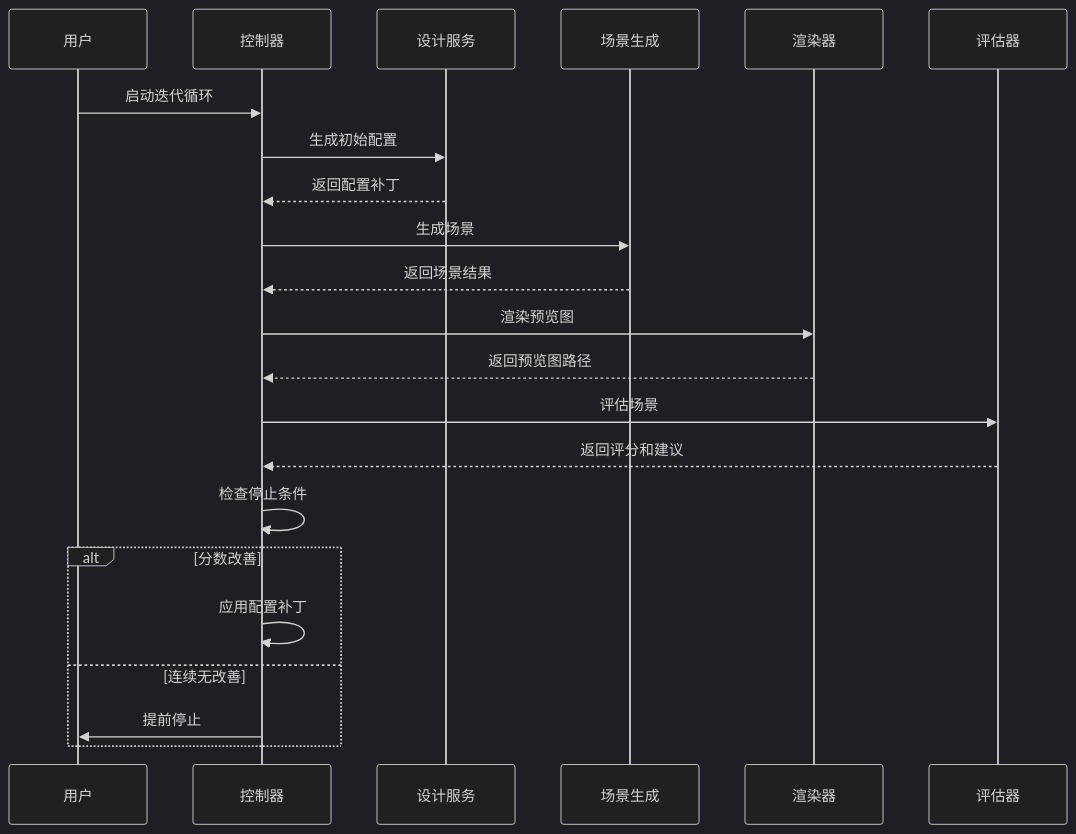
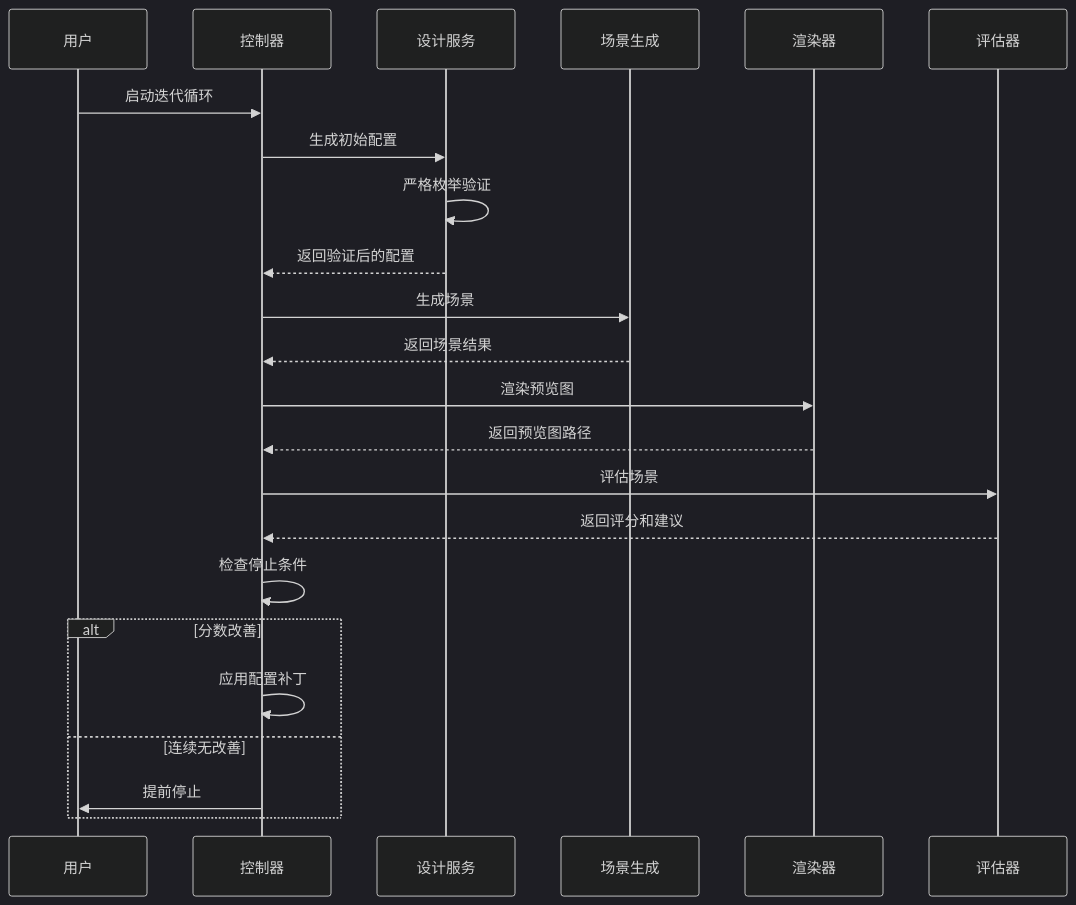
Before and after one commit to wsqstar/RoadGen3D: the third of 6 diagrams in .qoder/repowiki/zh/content/里程碑管道/自动场景生成流水线/多版本自动评估系统.md, drawn with Mermaid (dark theme). The commit also changed other lines of this file and 12 other files, not shown here.

````diff
--- a/.qoder/repowiki/zh/content/里程碑管道/自动场景生成流水线/多版本自动评估系统.md
+++ b/.qoder/repowiki/zh/content/里程碑管道/自动场景生成流水线/多版本自动评估系统.md
@@ -121,24 +132,25 @@
 ```mermaid
 sequenceDiagram
 participant U as 用户
 participant C as 控制器
 participant D as 设计服务
 participant G as 场景生成
 participant R as 渲染器
 participant E as 评估器
 U->>C : 启动迭代循环
 C->>D : 生成初始配置
-D-->>C : 返回配置补丁
+D->>D : 严格枚举验证
+D-->>C : 返回验证后的配置
 C->>G : 生成场景
 G-->>C : 返回场景结果
 C->>R : 渲染预览图
 R-->>C : 返回预览图路径
 C->>E : 评估场景
 E-->>C : 返回评分和建议
 C->>C : 检查停止条件
 alt 分数改善
 C->>C : 应用配置补丁
 else 连续无改善
 C->>U : 提前停止
 end
 ```
````
